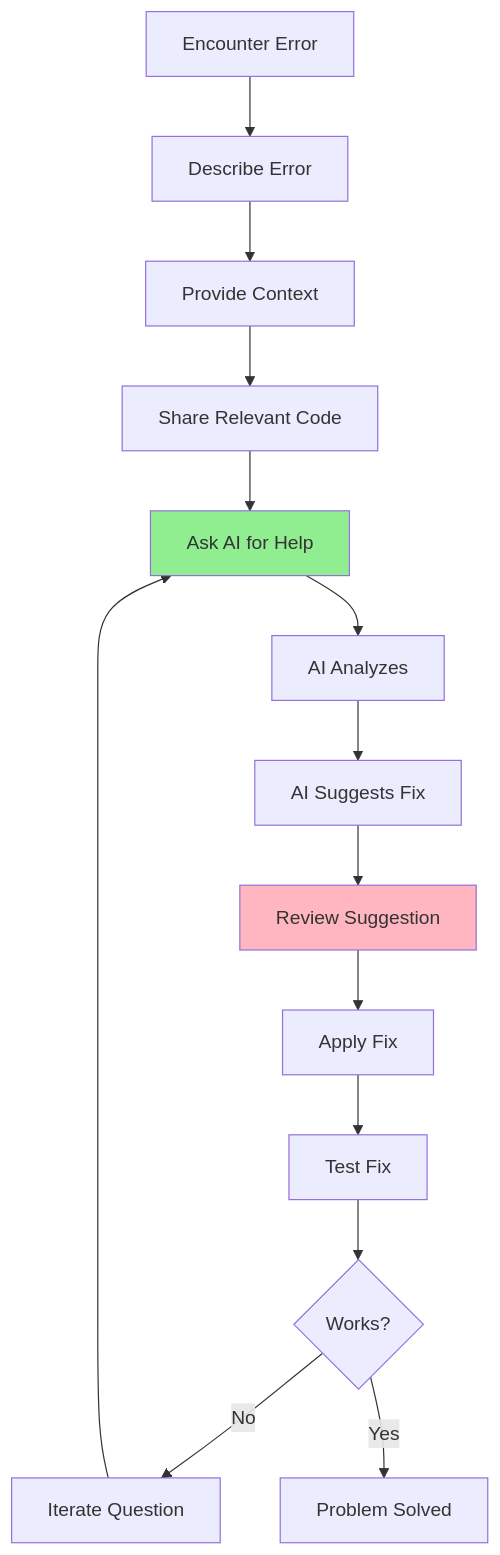
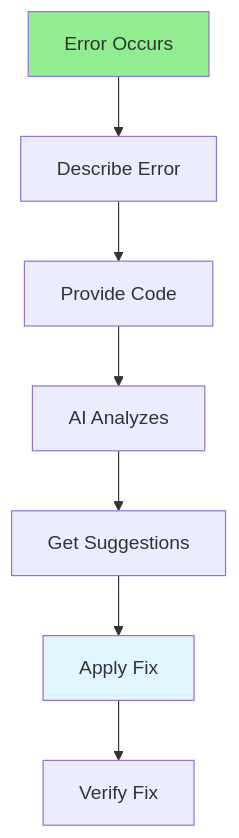
Before and after one commit to iouthnamain/tech-note: the diagram in Full-Stack-Guides/Group-05-AI-Assisted-Coding/05.03_AI_Debugging.md, drawn with Mermaid. The commit also changed other lines of this file and 480 other files, not shown here.

````diff
--- a/Full-Stack-Guides/Group-05-AI-Assisted-Coding/05.03_AI_Debugging.md
+++ b/Full-Stack-Guides/Group-05-AI-Assisted-Coding/05.03_AI_Debugging.md
@@ -22,20 +22,12 @@
 ```mermaid
 flowchart TD
-    Error[Encounter Error] --> Describe[Describe Error]
-    Describe --> Context[Provide Context]
-    Context --> Code[Share Relevant Code]
-    Code --> Ask[Ask AI for Help]
+    Error[Error Occurs] --> Describe[Describe Error]
+    Describe --> Code[Provide Code]
+    Code --> AI[AI Analyzes]
+    AI --> Suggestion[Get Suggestions]
+    Suggestion --> Fix[Apply Fix]
+    Fix --> Verify[Verify Fix]
     
-    Ask --> Analyze[AI Analyzes]
-    Analyze --> Suggest[AI Suggests Fix]
-    Suggest --> Review[Review Suggestion]
-    Review --> Apply[Apply Fix]
-    Apply --> Test[Test Fix]
-    Test --> Works{Works?}
-    Works -->|No| Iterate[Iterate Question]
-    Works -->|Yes| Solved[Problem Solved]
-    Iterate --> Ask
-    
-    style Ask fill:#90EE90
-    style Review fill:#FFB6C1
+    style Error fill:#90EE90
+    style Fix fill:#e1f5ff
 ```
````
